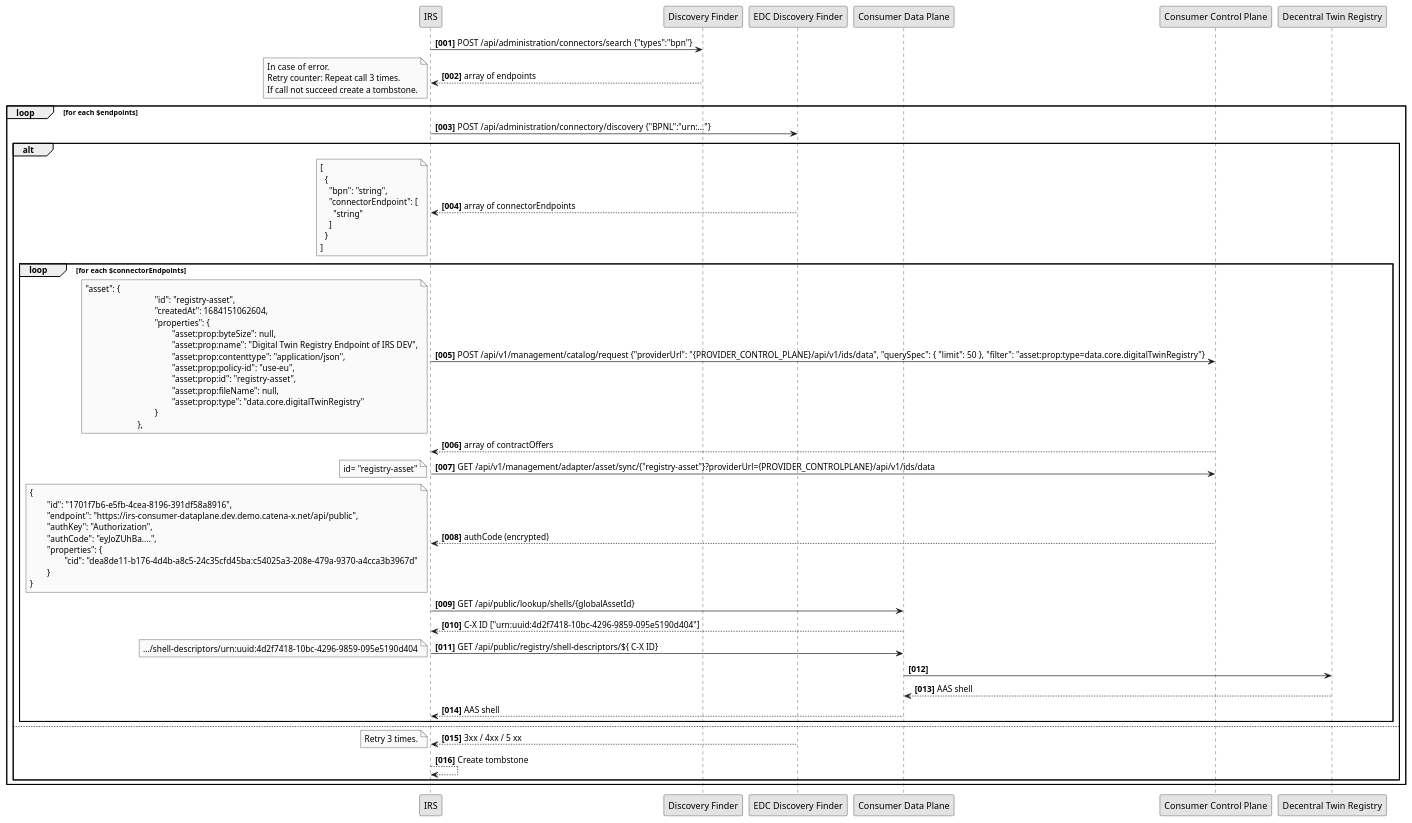
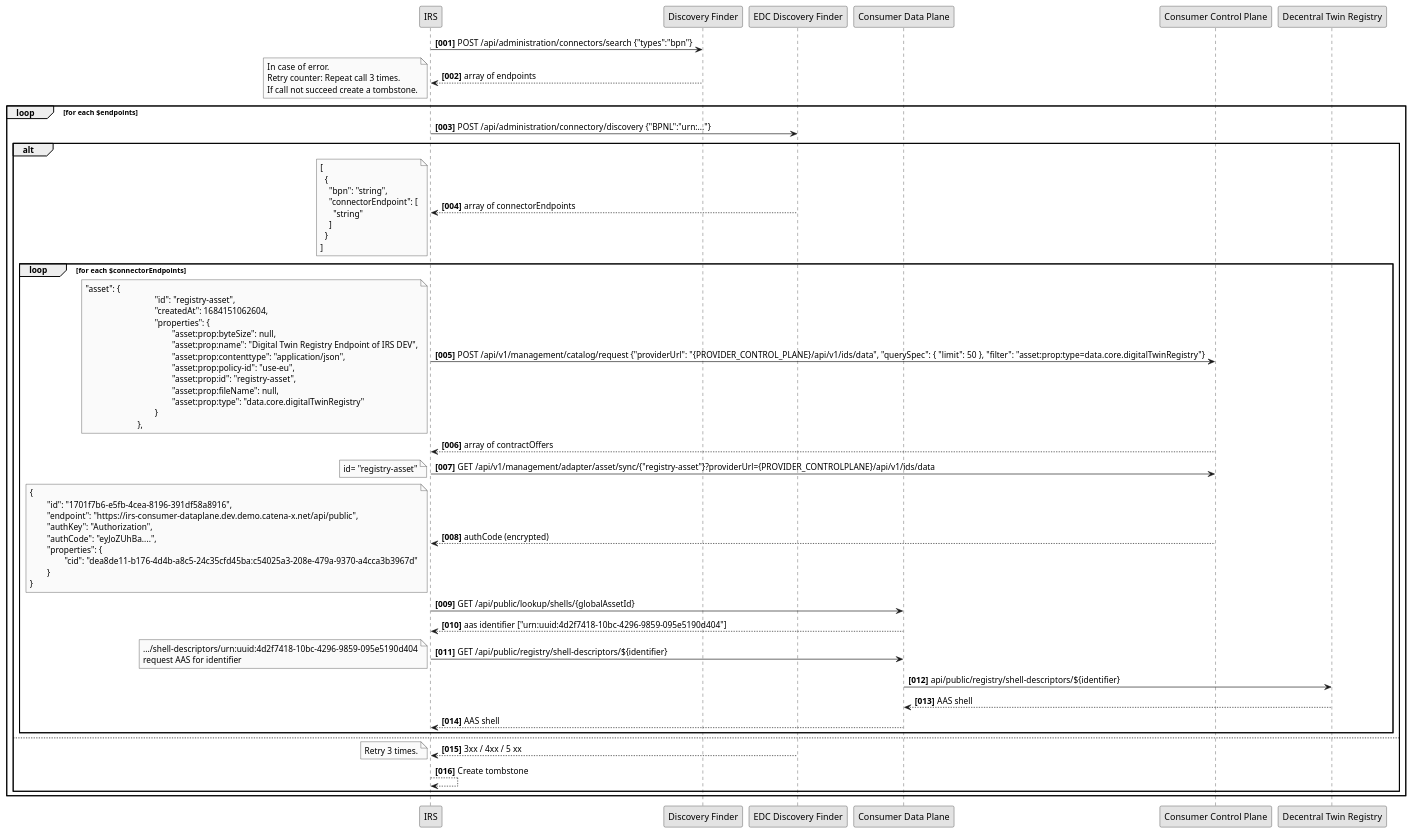
Before and after one commit to eclipse-tractusx/item-relationship-service: the diagram in uml-diagrams/decentral-twin-registry/decentral-digital-registry.puml, drawn with PlantUML.

Commit message:
chore(uml):[TRI-1241] add documentation

```diff
--- a/uml-diagrams/decentral-twin-registry/decentral-digital-registry.puml
+++ b/uml-diagrams/decentral-twin-registry/decentral-digital-registry.puml
@@ -1,98 +1,99 @@
 @startuml
 skinparam monochrome true
 skinparam shadowing false
 
 
 autonumber "<b>[000]"
 
 participant "IRS" as IRS
 participant "Discovery Finder" as DCF
 participant "EDC Discovery Finder" as EDCDF
 participant "Consumer Data Plane" as CONSUMER_DATA_PLANE
 participant "Consumer Control Plane" as CONSUMER_CONTROLPLANE
 participant "Decentral Twin Registry" as DTR
 
 IRS -> DCF: POST /api/administration/connectors/search {"types":"bpn"}
 IRS <-- DCF: array of endpoints
 note left
     In case of error.
     Retry counter: Repeat call 3 times.
     If call not succeed create a tombstone.
 end note
 loop for each $endpoints
     IRS -> EDCDF : POST /api/administration/connectory/discovery {"BPNL":"urn:..."}
     alt
          IRS <-- EDCDF : array of connectorEndpoints
          note left
                  [
                    {
                      "bpn": "string",
                      "connectorEndpoint": [
                        "string"
                      ]
                    }
                  ]
          end note
          loop for each $connectorEndpoints
              IRS -> CONSUMER_CONTROLPLANE: POST /api/v1/management/catalog/request {"providerUrl": "{PROVIDER_CONTROL_PLANE}/api/v1/ids/data", "querySpec": { "limit": 50 }, "filter": "asset:prop:type=data.core.digitalTwinRegistry"}
              note left
                 "asset": {
                 				"id": "registry-asset",
                 				"createdAt": 1684151062604,
                 				"properties": {
                 					"asset:prop:byteSize": null,
                 					"asset:prop:name": "Digital Twin Registry Endpoint of IRS DEV",
                 					"asset:prop:contenttype": "application/json",
                 					"asset:prop:policy-id": "use-eu",
                 					"asset:prop:id": "registry-asset",
                 					"asset:prop:fileName": null,
                 					"asset:prop:type": "data.core.digitalTwinRegistry"
                 				}
                 			},
              end note
              IRS <-- CONSUMER_CONTROLPLANE: array of contractOffers
 
              IRS -> CONSUMER_CONTROLPLANE: GET /api/v1/management/adapter/asset/sync/{"registry-asset"}?providerUrl={PROVIDER_CONTROLPLANE}/api/v1/ids/data
              note left
                 id= "registry-asset"
              end note
              IRS <-- CONSUMER_CONTROLPLANE: authCode (encrypted)
              note left
                  {
                  	"id": "1701f7b6-e5fb-4cea-8196-391df58a8916",
                  	"endpoint": "https://irs-consumer-dataplane.dev.demo.catena-x.net/api/public",
                  	"authKey": "Authorization",
                  	"authCode": "eyJoZUhBa....",
                  	"properties": {
                  		"cid": "dea8de11-b176-4d4b-a8c5-24c35cfd45ba:c54025a3-208e-479a-9370-a4cca3b3967d"
                  	}
                  }
              end note
              IRS -> CONSUMER_DATA_PLANE: GET /api/public/lookup/shells/{globalAssetId}
-             IRS <-- CONSUMER_DATA_PLANE: C-X ID ["urn:uuid:4d2f7418-10bc-4296-9859-095e5190d404"]
+             IRS <-- CONSUMER_DATA_PLANE: aas identifier ["urn:uuid:4d2f7418-10bc-4296-9859-095e5190d404"]
 
-             IRS -> CONSUMER_DATA_PLANE : GET /api/public/registry/shell-descriptors/${ C-X ID}
+             IRS -> CONSUMER_DATA_PLANE : GET /api/public/registry/shell-descriptors/${identifier}
              note left
                   .../shell-descriptors/urn:uuid:4d2f7418-10bc-4296-9859-095e5190d404
+                  request AAS for identifier
              end note
-             CONSUMER_DATA_PLANE -> DTR
+             CONSUMER_DATA_PLANE -> DTR : api/public/registry/shell-descriptors/${identifier}
              CONSUMER_DATA_PLANE <-- DTR: AAS shell
              IRS <-- CONSUMER_DATA_PLANE: AAS shell
          end loop
     else
           IRS <-- EDCDF : 3xx / 4xx / 5 xx
           note left
                 Retry 3 times.
           end note
           IRS --> IRS : Create tombstone
     end alt
 
 
 end loop
 
 
 
 
 
 
 @enduml
```
